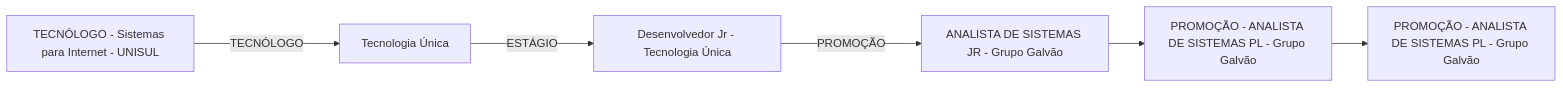
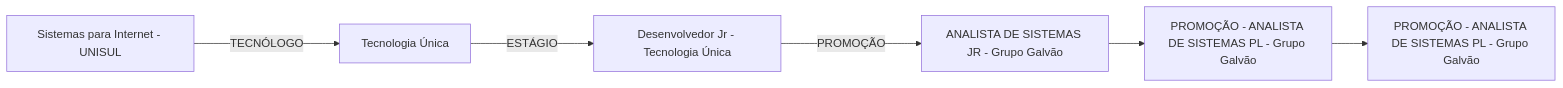
Before and after one commit to rafsp/Graduacao_FIAP: the diagram in Advanced-Business-Development-with-.NET/1º-Semestre/Aula-01-%2D-Introdução-e-Apresentação/Apresentação-do-Professor.md, drawn with Mermaid.

Commit message:
Updated Apresentação do Professor

```diff
--- a/Advanced-Business-Development-with-.NET/1º-Semestre/Aula-01-%2D-Introdução-e-Apresentação/Apresentação-do-Professor.md
+++ b/Advanced-Business-Development-with-.NET/1º-Semestre/Aula-01-%2D-Introdução-e-Apresentação/Apresentação-do-Professor.md
@@ -1,14 +1,14 @@
 ::: mermaid
 flowchart LR;
-a[TECNÓLOGO - Sistemas para Internet - UNISUL];
+a[Sistemas para Internet - UNISUL];
 b[Tecnologia Única];
 c[Desenvolvedor Jr - Tecnologia Única];
 d[ANALISTA DE SISTEMAS JR - Grupo Galvão];
 e[PROMOÇÃO - ANALISTA DE SISTEMAS PL - Grupo Galvão];
 f[PROMOÇÃO - ANALISTA DE SISTEMAS PL - Grupo Galvão];
 a--TECNÓLOGO--->b;
 b--ESTÁGIO--->c;
 c--PROMOÇÃO--->d;
 d-->e;
 e-->f;
 :::
```
